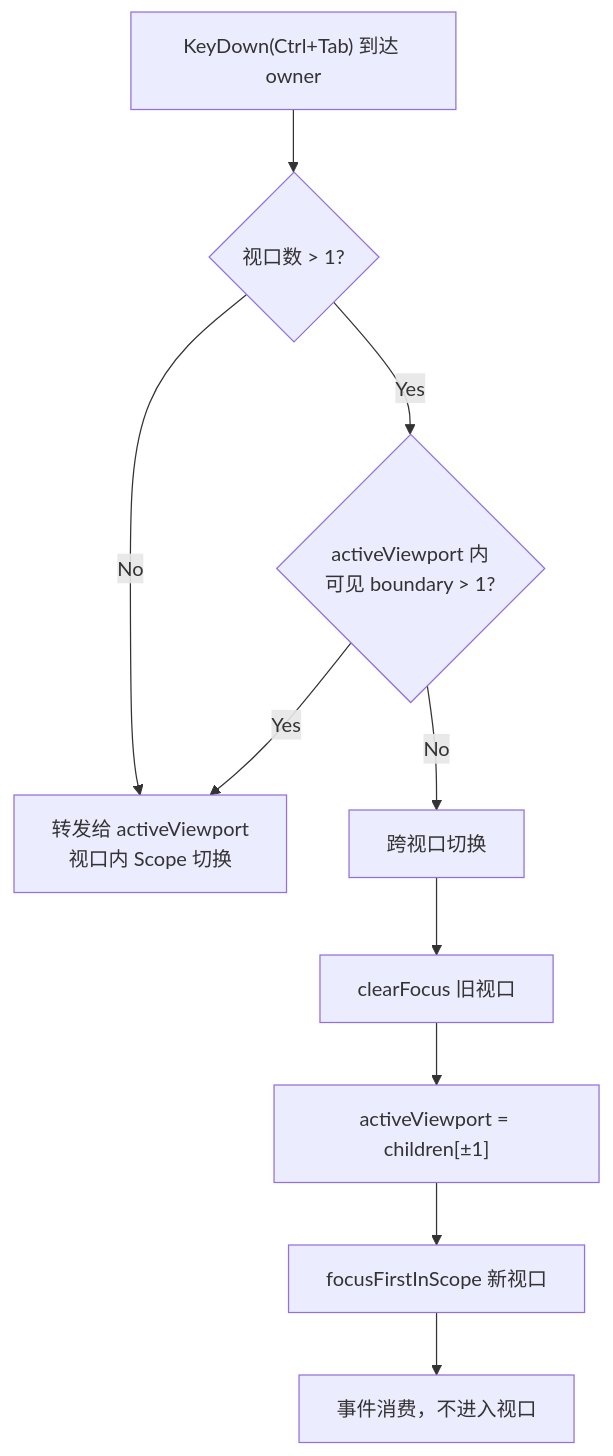
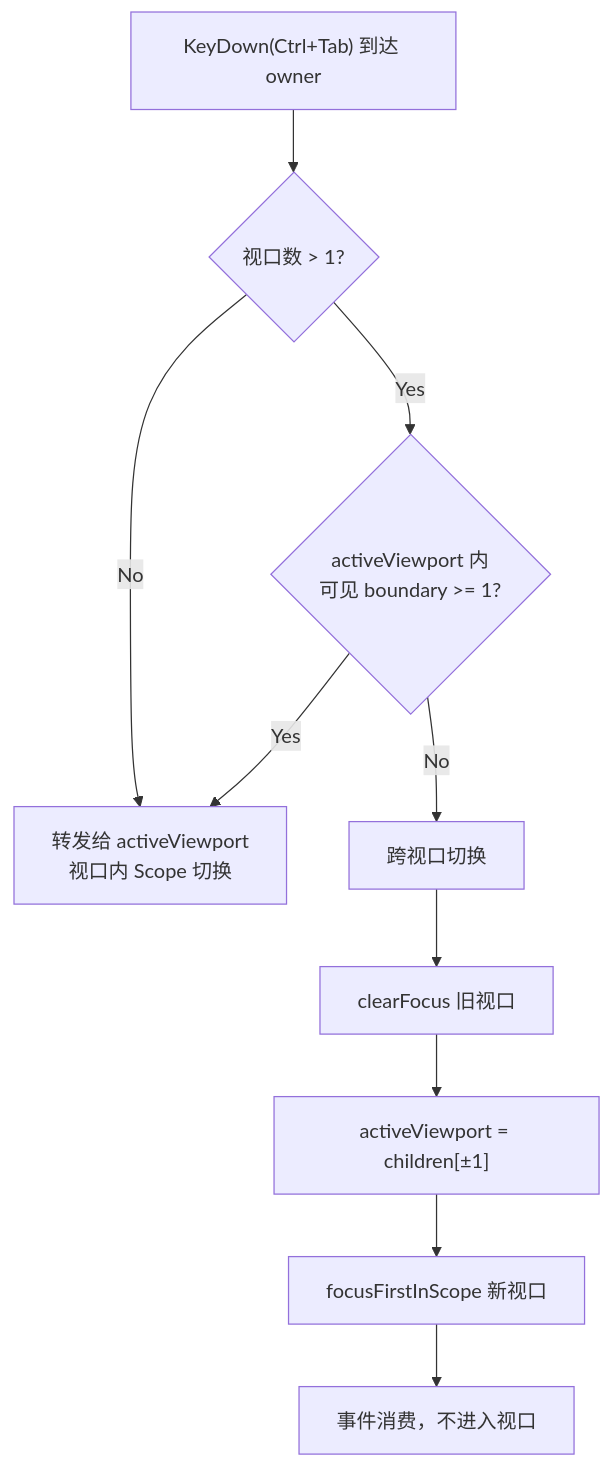
One commit to SeaOceanLiu/UIControls changed the fourth of 4 diagrams in doc/CABI_MultiInstance_Design.md. Above: the diagram before and after it, drawn with Mermaid. The commit also changed other lines of this file and 1 other file, not shown here.

Commit message:
docs: second audit pass — fix fact errors in multi-instance design (buf ownership, UIInstanceConfig, Event-layer routing, boundary condition)

````diff
--- a/doc/CABI_MultiInstance_Design.md
+++ b/doc/CABI_MultiInstance_Design.md
@@ -1577,12 +1604,12 @@
 ```mermaid
 flowchart TD
     A["KeyDown(Ctrl+Tab) 到达 owner"] --> B{"视口数 > 1?"}
     B -->|No| C["转发给 activeViewport<br/>视口内 Scope 切换"]
-    B -->|Yes| D{"activeViewport 内<br/>可见 boundary > 1?"}
+    B -->|Yes| D{"activeViewport 内<br/>可见 boundary >= 1?"}
     D -->|Yes| C
     D -->|No| E["跨视口切换"]
     E --> E1["clearFocus 旧视口"]
     E1 --> E2["activeViewport = children[±1]"]
     E2 --> E3["focusFirstInScope 新视口"]
     E3 --> F["事件消费，不进入视口"]
 ```
````
